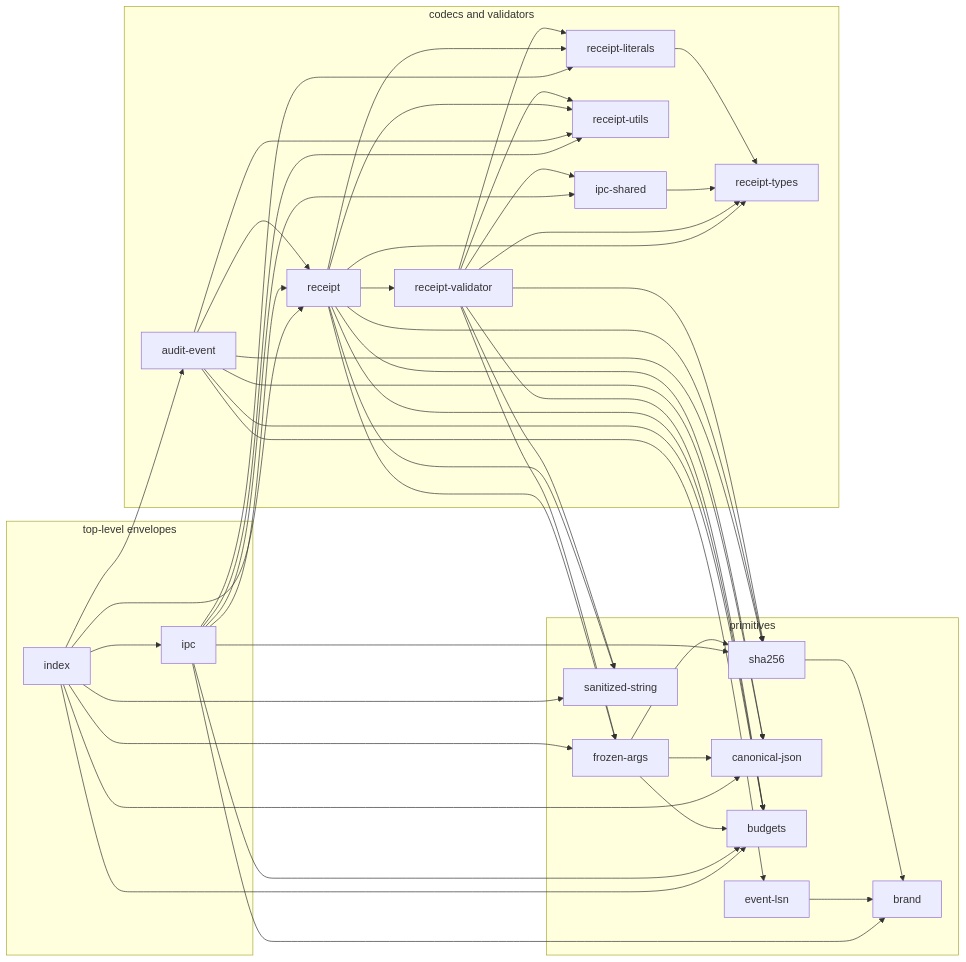
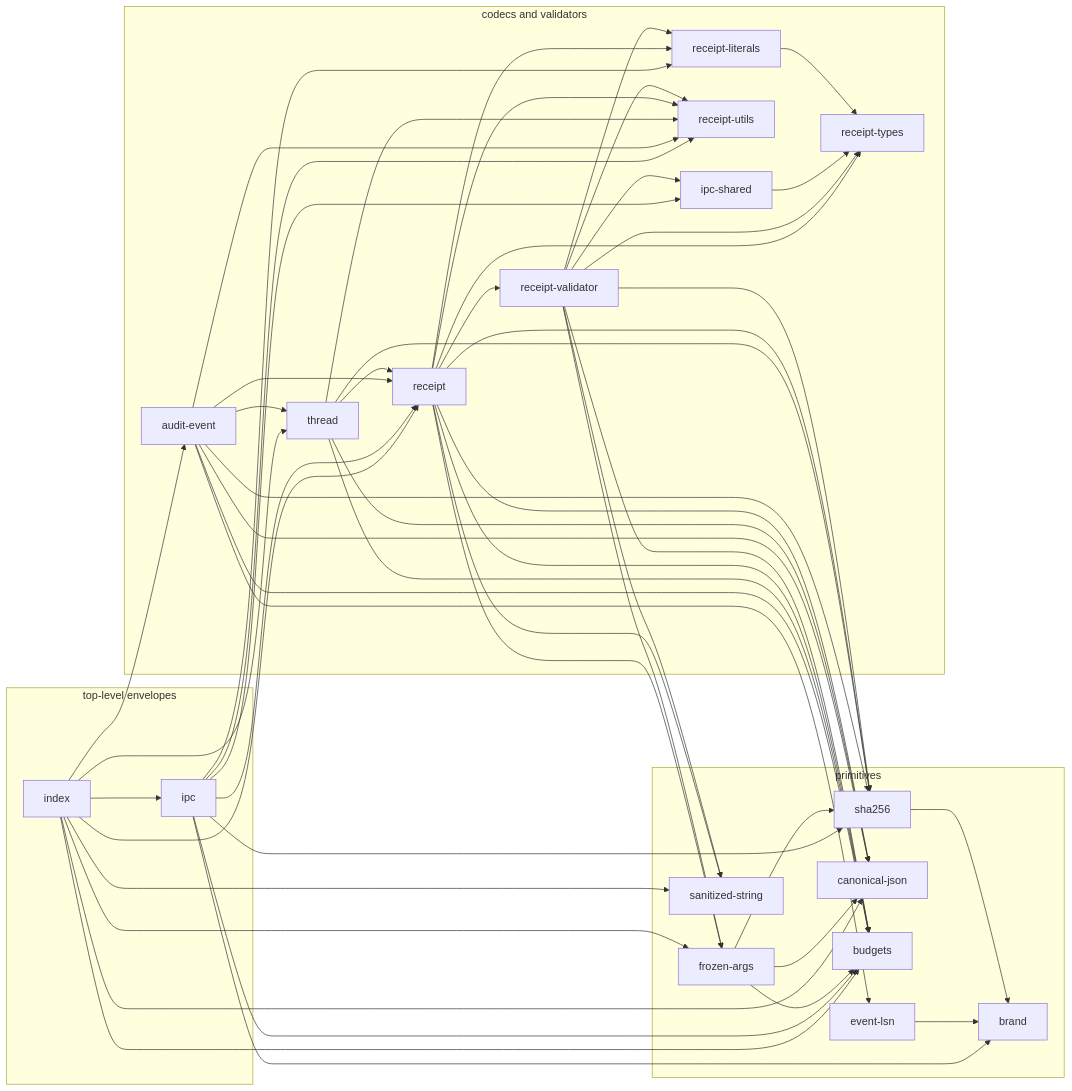
One commit to nex-crm/wuphf changed the first of 3 diagrams in packages/protocol/docs/OVERVIEW.md. Above: the diagram before and after it, drawn with Mermaid. The commit also changed other lines of this file and 3 other files, not shown here.

````diff
--- a/packages/protocol/docs/OVERVIEW.md
+++ b/packages/protocol/docs/OVERVIEW.md
@@ -20,69 +20,77 @@
 ```mermaid
 flowchart LR
   subgraph P["primitives"]
     brand[brand]
     sha256[sha256]
     jcs[canonical-json]
     budgets[budgets]
     lsn[event-lsn]
     frozen[frozen-args]
     sanitized[sanitized-string]
   end
   subgraph C["codecs and validators"]
     literals[receipt-literals]
     types[receipt-types]
     utils[receipt-utils]
     shared[ipc-shared]
     rvalidator[receipt-validator]
     receipt[receipt]
     audit[audit-event]
+    thread[thread]
   end
   subgraph T["top-level envelopes"]
     ipc[ipc]
     index[index]
   end
   sha256 --> brand
   lsn --> brand
   frozen --> budgets
   frozen --> jcs
   frozen --> sha256
   literals --> types
   shared --> types
   rvalidator --> budgets
   rvalidator --> frozen
   rvalidator --> shared
   rvalidator --> literals
   rvalidator --> types
   rvalidator --> utils
   rvalidator --> sanitized
   rvalidator --> sha256
   receipt --> budgets
   receipt --> jcs
   receipt --> frozen
   receipt --> literals
   receipt --> types
   receipt --> utils
   receipt --> rvalidator
   receipt --> sanitized
   receipt --> sha256
+  thread --> budgets
+  thread --> jcs
+  thread --> receipt
+  thread --> utils
+  thread --> sha256
   audit --> budgets
   audit --> jcs
   audit --> lsn
   audit --> receipt
+  audit --> thread
   audit --> utils
   audit --> sha256
   ipc --> brand
   ipc --> budgets
   ipc --> shared
   ipc --> receipt
   ipc --> literals
   ipc --> utils
   ipc --> sha256
   index --> audit
   index --> budgets
   index --> jcs
   index --> frozen
   index --> ipc
   index --> receipt
   index --> sanitized
+  index --> thread
 ```
````
